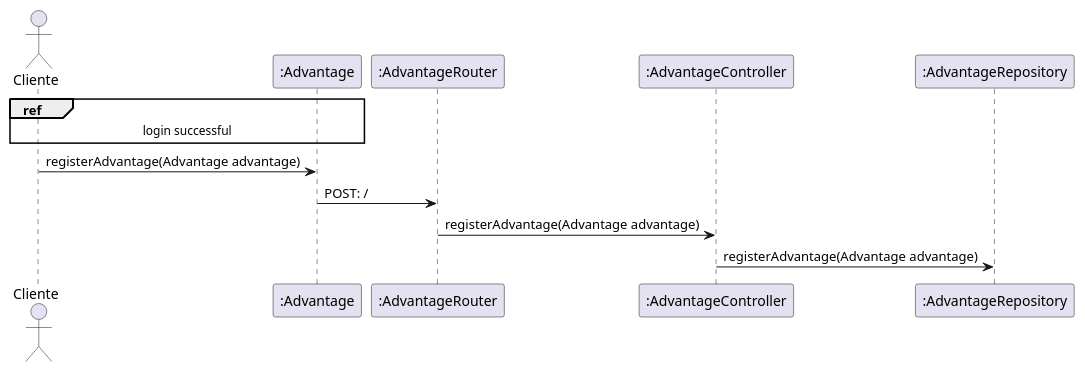
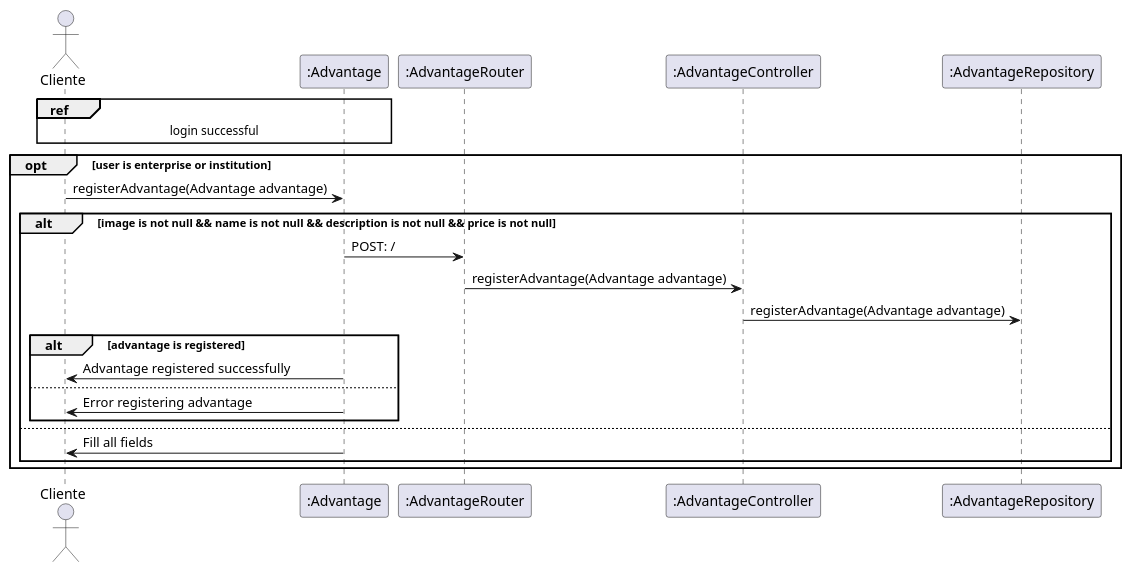
Before and after one commit to migueltico2/laboratorio-de-desenvolvimento-de-software: the diagram in projeto 4/project/sequenceDiagramRegisterAdvantage.plantuml, drawn with PlantUML. The commit also changed 27 other files, not shown here.

```diff
--- a/projeto 4/project/sequenceDiagramRegisterAdvantage.plantuml
+++ b/projeto 4/project/sequenceDiagramRegisterAdvantage.plantuml
@@ -1,16 +1,27 @@
 @startuml
 
 actor "Cliente" as cliente
 participant ":Advantage" as ad
 participant ":AdvantageRouter" as adRouter
 participant ":AdvantageController" as adController
 participant ":AdvantageRepository" as adRepository
 
 ref over cliente, ad: login successful
 
-cliente -> ad : registerAdvantage(Advantage advantage)
-ad -> adRouter : POST: /
-adRouter -> adController : registerAdvantage(Advantage advantage)
-adController -> adRepository : registerAdvantage(Advantage advantage)
+opt user is enterprise or institution
+    cliente -> ad : registerAdvantage(Advantage advantage)
+    alt image is not null && name is not null && description is not null && price is not null
+        ad -> adRouter : POST: /
+        adRouter -> adController : registerAdvantage(Advantage advantage)
+        adController -> adRepository : registerAdvantage(Advantage advantage)
+        alt advantage is registered
+            ad -> cliente : Advantage registered successfully
+        else
+            ad -> cliente : Error registering advantage
+        end
+    else
+        ad -> cliente : Fill all fields
+    end
+end
 
 @enduml
```
